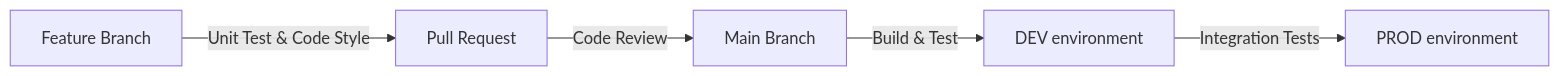
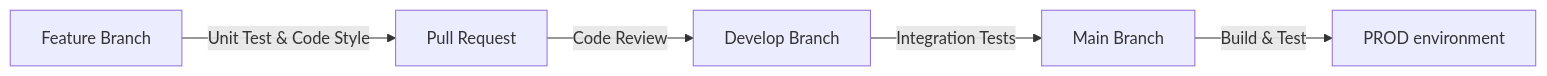
The second of 2 diagrams in specification/design.md (rutaji/loltracker), drawn with Mermaid before and after one commit. The commit also changed other lines of this file and 1 other file, not shown here.

Commit message:
updated workflow to trigger on merge to dev and main instead of push

````diff
--- a/specification/design.md
+++ b/specification/design.md
@@ -145,13 +145,13 @@
 ```mermaid
 flowchart LR
     FB[Feature Branch]
     PR[Pull Request]
     MAIN[Main Branch]
-    DEV[DEV environment]
+    DEV[Develop Branch]
     PROD[PROD environment]
 
     FB -- Unit Test & Code Style --> PR
-    PR -- Code Review --> MAIN
-    MAIN -- Build & Test --> DEV
-    DEV -- Integration Tests --> PROD
+    PR -- Code Review --> DEV
+    DEV -- Integration Tests --> MAIN
+    MAIN -- Build & Test --> PROD
 ```
````
